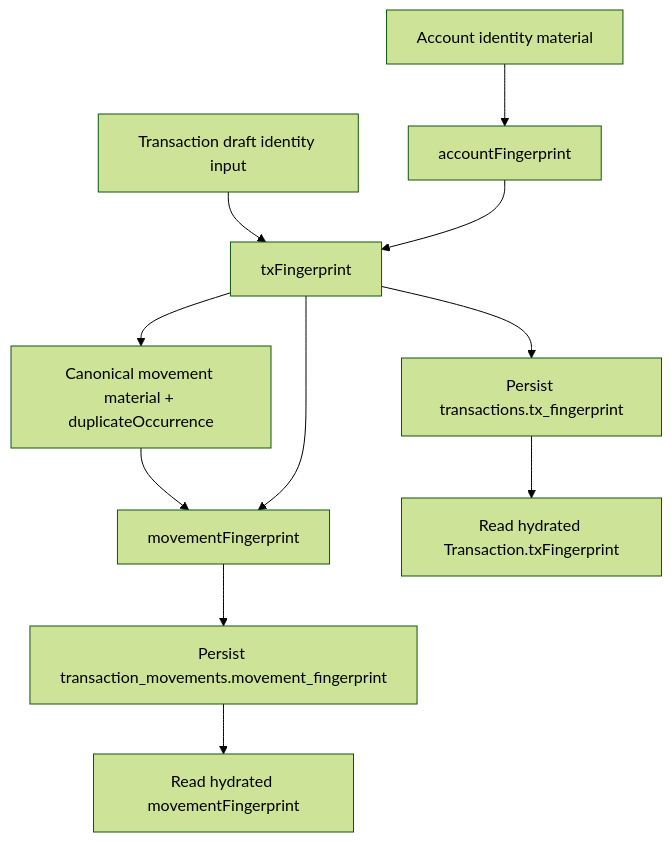
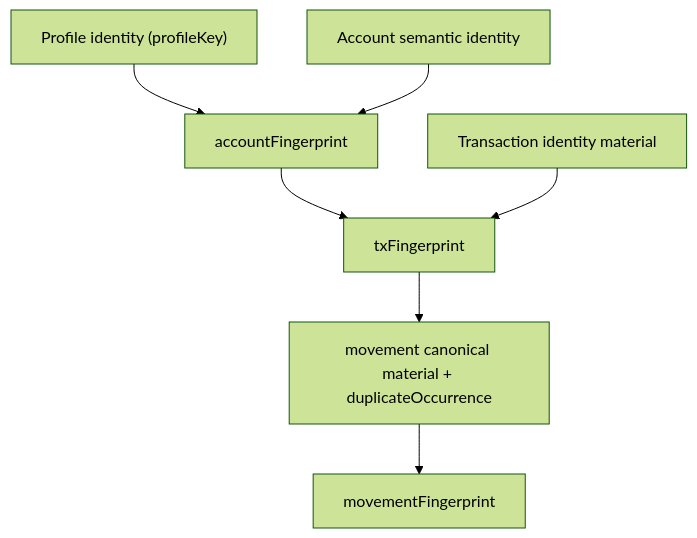
One commit to jbelanger/exitbook changed the diagram in docs/specs/transaction-and-movement-identity.md. Above: the diagram before and after it, drawn with Mermaid (forest theme). The commit also changed other lines of this file and 50 other files, not shown here.

````diff
--- a/docs/specs/transaction-and-movement-identity.md
+++ b/docs/specs/transaction-and-movement-identity.md
@@ -221,13 +167,9 @@
 ```mermaid
 graph TD
-    A["Account identity material"] --> B["accountFingerprint"]
-    C["Transaction draft identity input"] --> D["txFingerprint"]
-    B --> D
-    D --> E["Canonical movement material + duplicateOccurrence"]
-    E --> F["movementFingerprint"]
-    D --> F
-    D --> G["Persist transactions.tx_fingerprint"]
-    F --> H["Persist transaction_movements.movement_fingerprint"]
-    G --> I["Read hydrated Transaction.txFingerprint"]
-    H --> J["Read hydrated movementFingerprint"]
+    A["Profile identity (profileKey)"] --> B["accountFingerprint"]
+    C["Account semantic identity"] --> B
+    B --> D["txFingerprint"]
+    E["Transaction identity material"] --> D
+    D --> F["movement canonical material + duplicateOccurrence"]
+    F --> G["movementFingerprint"]
 ```
````
